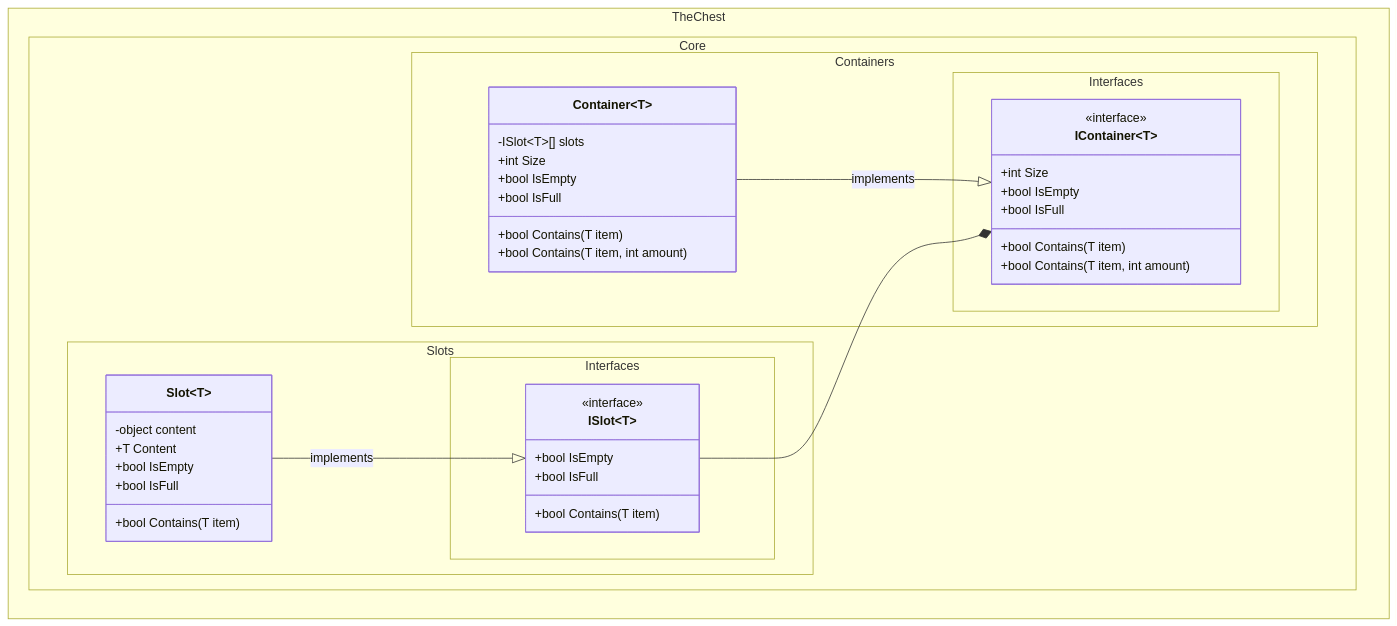
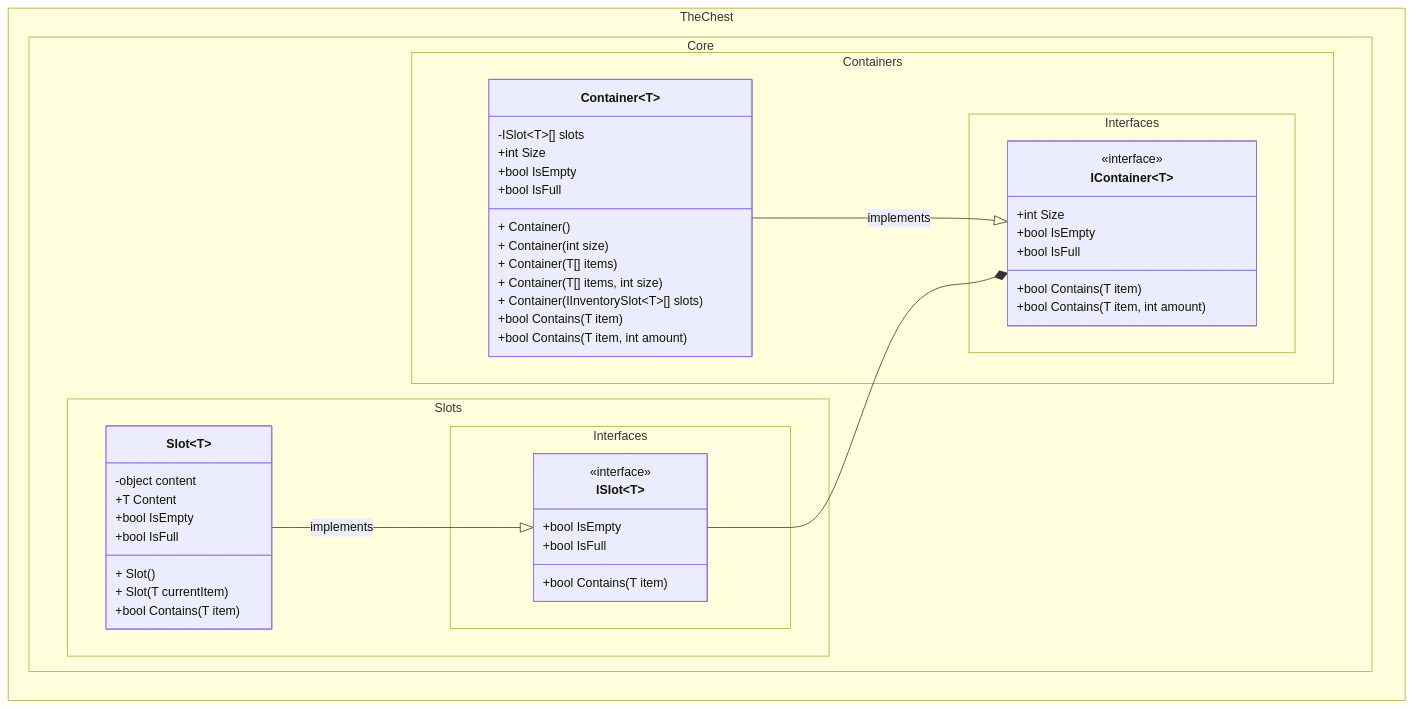
The first of 3 diagrams in docs/class_diagram.md (The-Chest/TheChest.Core), drawn with Mermaid before and after one commit. The commit also changed 1 other file, not shown here.

````diff
--- a/docs/class_diagram.md
+++ b/docs/class_diagram.md
@@ -9,53 +9,66 @@
 ```mermaid
 ---
 config:
   theme: mc
   look: classic
   class:
     hideEmptyMembersBox: true
 ---
 classDiagram
 direction BT
 	namespace TheChest.Core.Containers.Interfaces {
         class IContainer~T~ {
 	        +int Size
 	        +bool IsEmpty
 	        +bool IsFull
 	        +bool Contains(T item)
 			+bool Contains(T item, int amount)
         }
 	}
 	namespace TheChest.Core.Slots.Interfaces {
         class ISlot~T~ {
 	        +bool IsEmpty
 	        +bool IsFull
 	        +bool Contains(T item)
         }
 	}
 	namespace TheChest.Core.Containers {
         class Container~T~ {
 			-ISlot~T~[] slots
+
 	        +int Size
 	        +bool IsEmpty
 	        +bool IsFull
+
+			+ Container()
+			+ Container(int size)
+			+ Container(T[] items)
+			+ Container(T[] items, int size)
+			+ Container(IInventorySlot~T~[] slots)
+
 	        +bool Contains(T item)
 			+bool Contains(T item, int amount)
         }
 	}
 	namespace TheChest.Core.Slots {
         class Slot~T~ {
 			-object content
 			+T Content
+
+			+ Slot()
+			+ Slot(T currentItem)
+
 			+bool IsEmpty
 			+bool IsFull
+
 			+bool Contains(T item)
         }
 	}
 
 	<<interface>> IContainer
 	<<interface>> ISlot
 
     Container --|> IContainer : implements
     ISlot --* IContainer
     Slot --|> ISlot : implements
 ```
````
